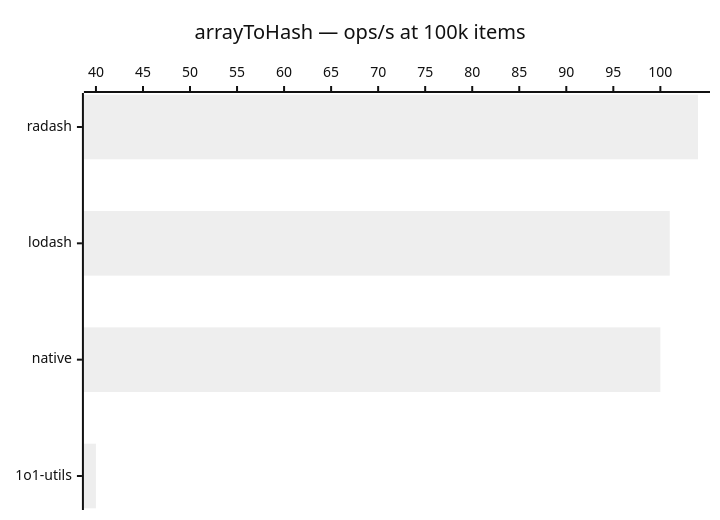
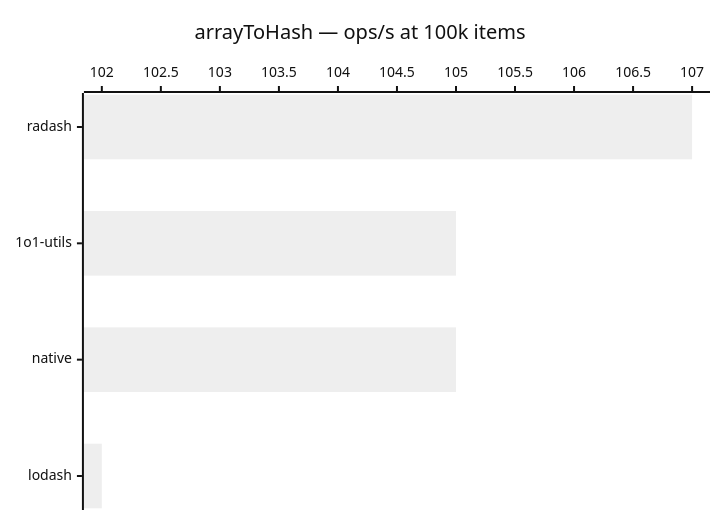
Before and after one commit to pedrotroccoli/1o1-utils: the diagram in benchmarks/array-to-hash.md, drawn with Mermaid (neutral theme). The commit also changed other lines of this file and 2 other files, not shown here.

````diff
--- a/benchmarks/array-to-hash.md
+++ b/benchmarks/array-to-hash.md
@@ -18,6 +16,6 @@
 ```mermaid
 xychart-beta horizontal
   title "arrayToHash — ops/s at 100k items"
-  x-axis ["radash", "lodash", "native", "1o1-utils"]
-  bar [104, 101, 100, 40]
+  x-axis ["radash", "1o1-utils", "native", "lodash"]
+  bar [107, 105, 105, 102]
 ```
````
